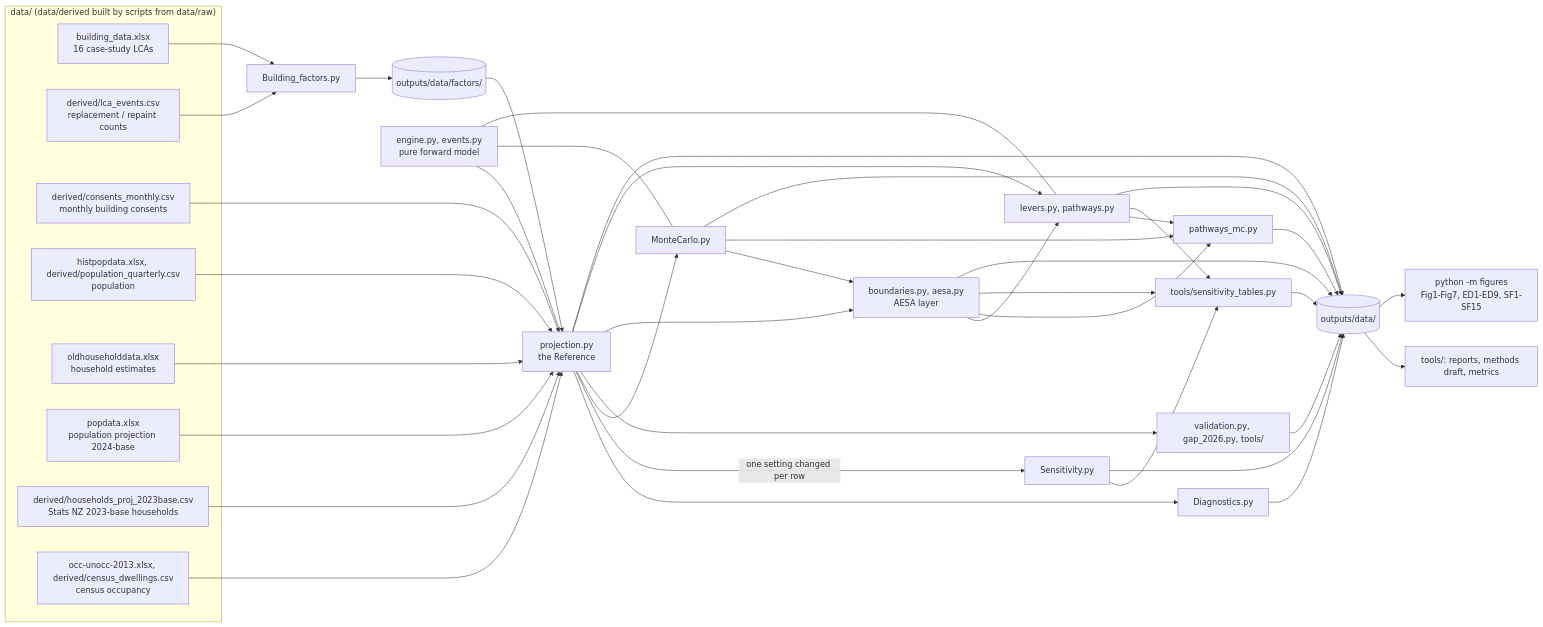
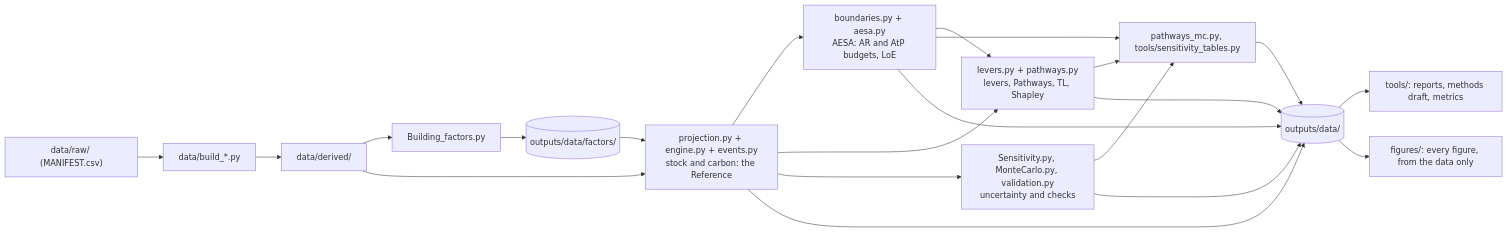
The diagram in ARCHITECTURE.md (GerasimosChristoforatos/Pathway-Paper), drawn with Mermaid before and after one commit. The commit also changed other lines of this file and 62 other files, not shown here.

````diff
--- a/ARCHITECTURE.md
+++ b/ARCHITECTURE.md
@@ -51,31 +15,13 @@
 ```mermaid
 flowchart LR
-    subgraph inputs["data/ (data/derived built by scripts from data/raw)"]
-        BD[building_data.xlsx<br/>16 case-study LCAs]
-        EV[derived/lca_events.csv<br/>replacement / repaint counts]
-        CM[derived/consents_monthly.csv<br/>monthly building consents]
-        HP[histpopdata.xlsx, derived/population_quarterly.csv<br/>population]
-        OH[oldhouseholddata.xlsx<br/>household estimates]
-        PP[popdata.xlsx<br/>population projection 2024-base]
-        HH[derived/households_proj_2023base.csv<br/>Stats NZ 2023-base households]
-        CE[occ-unocc-2013.xlsx, derived/census_dwellings.csv<br/>census occupancy]
-    end
-    BF[Building_factors.py] --> F[("outputs/data/factors/")]
-    BD & EV --> BF
-    F --> PROJ[projection.py<br/>the Reference]
-    ENG[engine.py, events.py<br/>pure forward model] --- PROJ
-    ENG --- MC
-    ENG --- PW
-    CM & HP & OH & PP & HH & CE --> PROJ
-    PROJ --> DIAG[Diagnostics.py]
-    PROJ -->|one setting changed per row| SENS[Sensitivity.py]
-    PROJ --> MC[MonteCarlo.py]
-    PROJ --> VAL[validation.py, gap_2026.py, tools/]
-    PROJ & MC --> BND[boundaries.py, aesa.py<br/>AESA layer]
-    PROJ & BND --> PW[levers.py, pathways.py]
-    MC & BND & PW --> PMC[pathways_mc.py]
-    SENS & BND & PW --> ST[tools/sensitivity_tables.py]
-    PROJ & DIAG & SENS & MC & VAL & BND & PW & PMC & ST --> DATA[("outputs/data/")]
-    DATA --> REP[tools/: reports, methods draft, metrics]
-    DATA --> FIG["python -m figures<br/>Fig1-Fig7, ED1-ED9, SF1-SF15"]
+    RAW["data/raw/ (MANIFEST.csv)"] --> BUILD["data/build_*.py"] --> DER["data/derived/"]
+    DER --> BF[Building_factors.py] --> F[("outputs/data/factors/")]
+    DER & F --> PROJ["projection.py + engine.py + events.py<br/>stock and carbon: the Reference"]
+    PROJ --> BND["boundaries.py + aesa.py<br/>AESA: AR and AtP budgets, LoE"]
+    PROJ & BND --> PW["levers.py + pathways.py<br/>levers, Pathways, TL, Shapley"]
+    PROJ --> UNC["Sensitivity.py, MonteCarlo.py, validation.py<br/>uncertainty and checks"]
+    UNC & BND & PW --> PMC["pathways_mc.py, tools/sensitivity_tables.py"]
+    PROJ & BND & PW & UNC & PMC --> DATA[("outputs/data/")]
+    DATA --> REP["tools/: reports, methods draft, metrics"]
+    DATA --> FIG["figures/: every figure, from the data only"]
 ```
````
